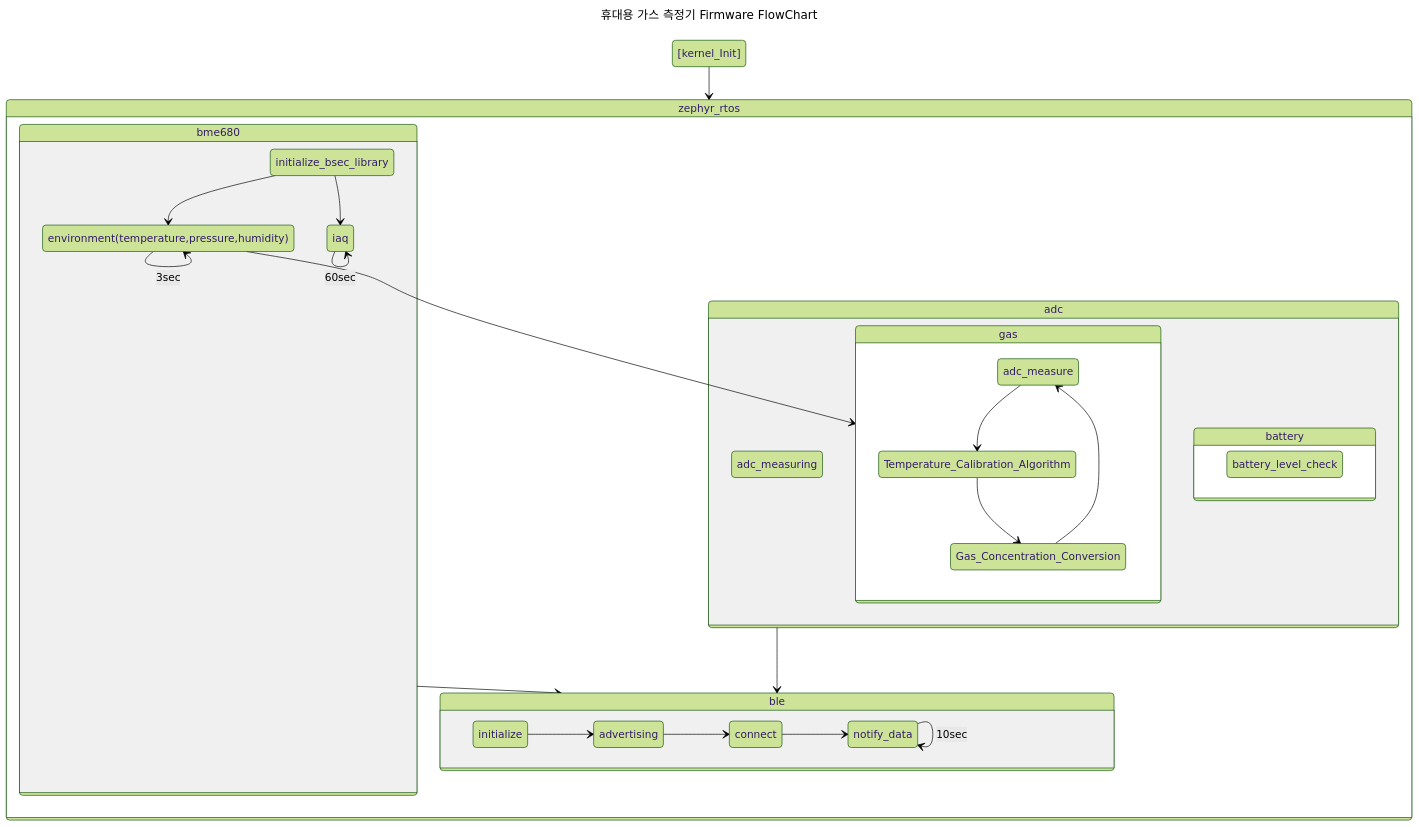
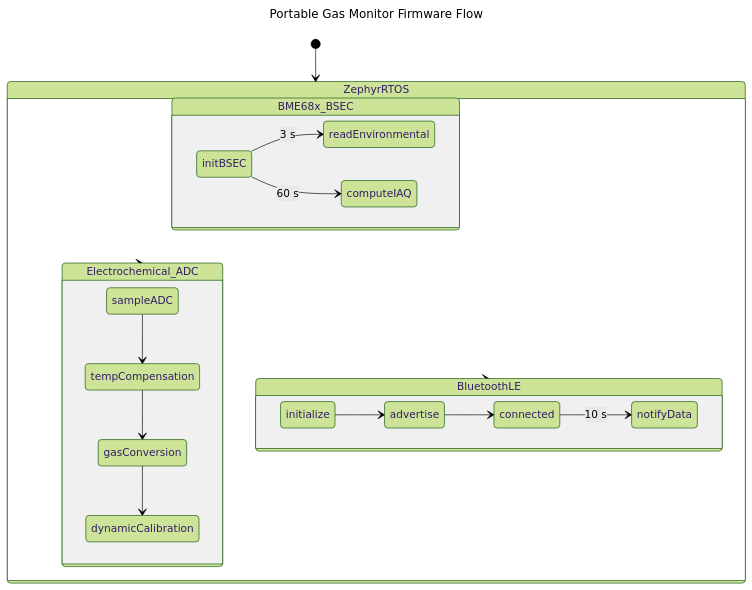
The diagram in README.md (bradkim06/gas_nordic), drawn with Mermaid (forest theme) before and after one commit. The commit also changed other lines of this file, not shown here.

Commit message:
docs: refresh firmware overview in README (#6)

````diff
--- a/README.md
+++ b/README.md
@@ -9,41 +71,31 @@
 ```mermaid
 ---
-title: 휴대용 가스 측정기 Firmware FlowChart
+title: Portable Gas Monitor Firmware Flow
 ---
 stateDiagram-v2
     direction TB
-    [kernel_Init] --> zephyr_rtos
-    bme680 --> ble
-    adc --> ble
+    [*] --> ZephyrRTOS
+    ZephyrRTOS --> BME68x_BSEC
+    ZephyrRTOS --> Electrochemical_ADC
+    ZephyrRTOS --> BluetoothLE
 
-    state zephyr_rtos{
-        state bme680{
+    state ZephyrRTOS {
+        state BME68x_BSEC {
             direction LR
-            initialize_bsec_library --> environment(temperature,pressure,humidity)
-            environment(temperature,pressure,humidity) --> gas
-            environment(temperature,pressure,humidity) --> environment(temperature,pressure,humidity) : 3sec
-            initialize_bsec_library --> iaq
-            iaq --> iaq : 60sec
+            initBSEC --> readEnvironmental : 3 s
+            initBSEC --> computeIAQ : 60 s
         }
-        state adc{
-            adc_measuring
-            state gas{
-                direction TB
-                adc_measure --> Temperature_Calibration_Algorithm
-                Temperature_Calibration_Algorithm --> Gas_Concentration_Conversion
-                Gas_Concentration_Conversion --> adc_measure
-            }
-            state battery{
-                direction LR
-                battery_level_check
-            }
+        state Electrochemical_ADC {
+            direction TB
+            sampleADC --> tempCompensation
+            tempCompensation --> gasConversion
+            gasConversion --> dynamicCalibration
         }
-        state ble{
+        state BluetoothLE {
             direction LR
-            initialize --> advertising
-            advertising --> connect
-            connect --> notify_data
-            notify_data --> notify_data : 10sec
+            initialize --> advertise
+            advertise --> connected
+            connected --> notifyData : 10 s
         }
     }
 ```
````
